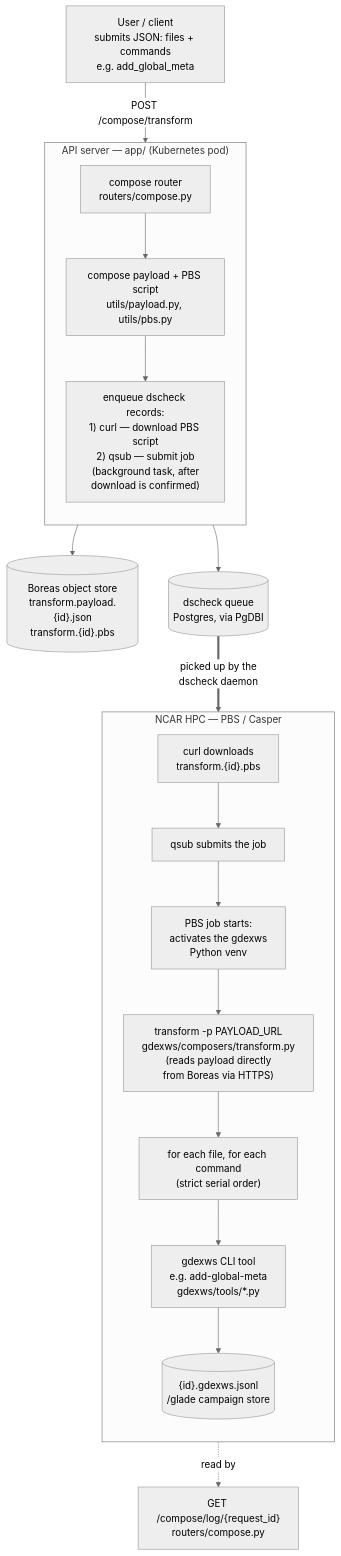
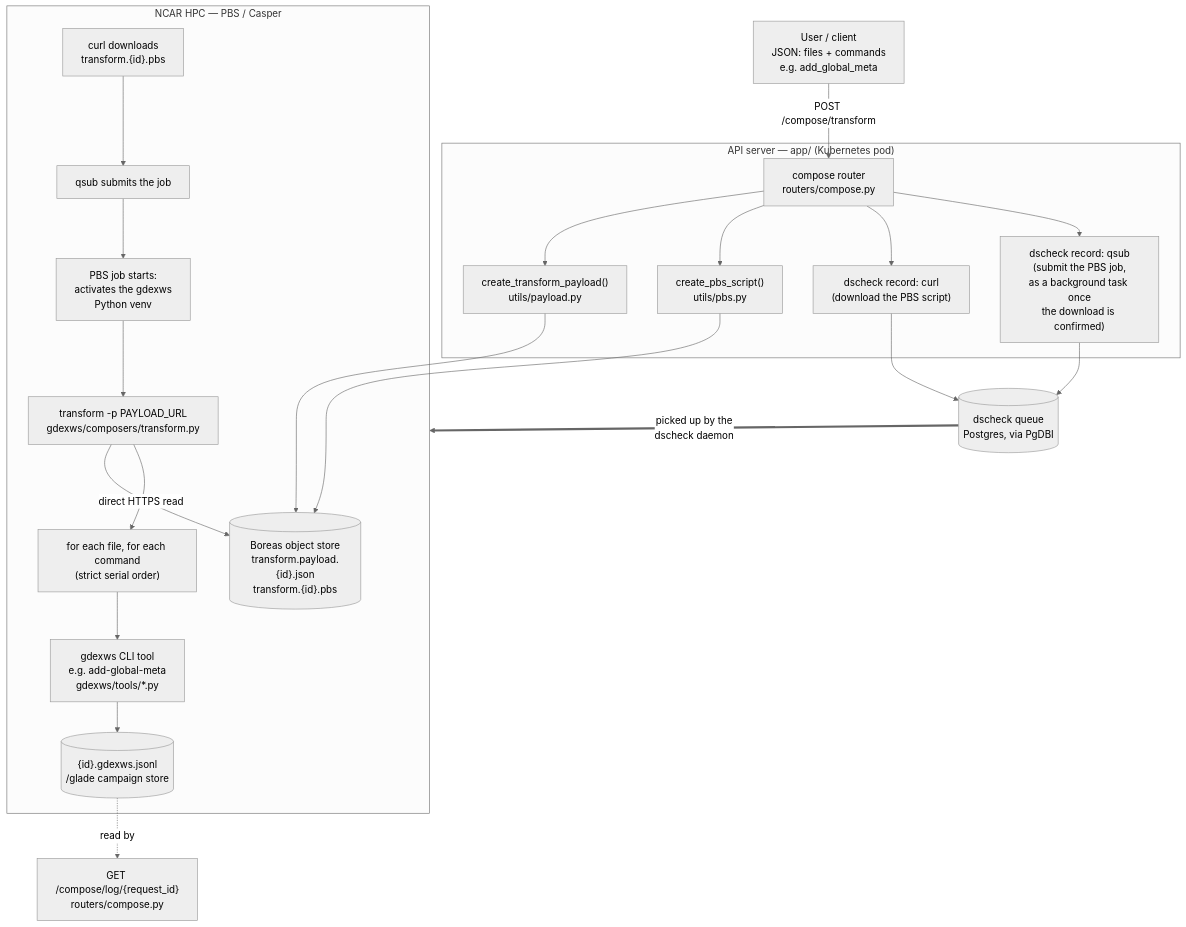
One commit to NCAR/gdex-web-services changed the diagram in ARCHITECTURE.md. Above: the diagram before and after it, drawn with Mermaid (neutral theme).

Commit message:
update graph

````diff
--- a/ARCHITECTURE.md
+++ b/ARCHITECTURE.md
@@ -11,30 +11,32 @@
 ```mermaid
 flowchart TD
-    U["User / client<br/>submits JSON: files + commands<br/>e.g. add_global_meta"]
-    U -->|"POST /compose/transform"| R
+    U["User / client<br/>JSON: files + commands<br/>e.g. add_global_meta"] -->|"POST /compose/transform"| R
 
     subgraph API["API server — app/ (Kubernetes pod)"]
-        direction TB
         R["compose router<br/>routers/compose.py"]
-        R --> PL["compose payload + PBS script<br/>utils/payload.py, utils/pbs.py"]
-        PL --> DS["enqueue dscheck records:<br/>1) curl — download PBS script<br/>2) qsub — submit job<br/>(background task, after<br/>download is confirmed)"]
+        R --> PL["create_transform_payload()<br/>utils/payload.py"]
+        R --> PB["create_pbs_script()<br/>utils/pbs.py"]
+        R --> D1["dscheck record: curl<br/>(download the PBS script)"]
+        R --> D2["dscheck record: qsub<br/>(submit the PBS job,<br/>as a background task once<br/>the download is confirmed)"]
     end
 
     PL --> BOREAS[("Boreas object store<br/>transform.payload.{id}.json<br/>transform.{id}.pbs")]
-    DS --> Q[("dscheck queue<br/>Postgres, via PgDBI")]
+    PB --> BOREAS
+
+    D1 --> Q[("dscheck queue<br/>Postgres, via PgDBI")]
+    D2 --> Q
 
     Q ==>|"picked up by the<br/>dscheck daemon"| HPC
 
     subgraph HPC["NCAR HPC — PBS / Casper"]
-        direction TB
-        C["curl downloads<br/>transform.{id}.pbs"]
-        C --> S["qsub submits the job"]
+        C["curl downloads<br/>transform.{id}.pbs"] --> S["qsub submits the job"]
         S --> J["PBS job starts:<br/>activates the gdexws<br/>Python venv"]
-        J --> T["transform -p PAYLOAD_URL<br/>gdexws/composers/transform.py<br/>(reads payload directly<br/>from Boreas via HTTPS)"]
+        J --> T["transform -p PAYLOAD_URL<br/>gdexws/composers/transform.py"]
+        T -->|"direct HTTPS read"| BOREAS
         T --> LOOP["for each file, for each command<br/>(strict serial order)"]
         LOOP --> TOOL["gdexws CLI tool<br/>e.g. add-global-meta<br/>gdexws/tools/*.py"]
         TOOL --> LOG[("{id}.gdexws.jsonl<br/>/glade campaign store")]
     end
 
     LOG -.->|"read by"| ST["GET /compose/log/{request_id}<br/>routers/compose.py"]
 ```
````
